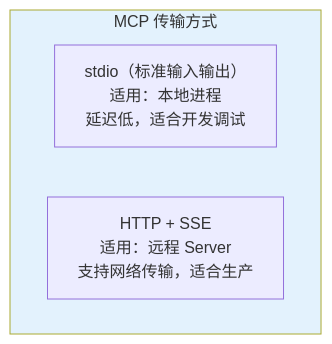
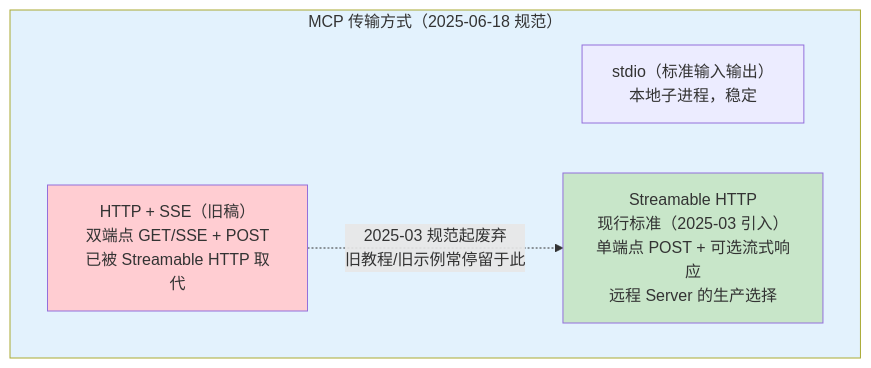
One commit to UranusGit/java-agent-learn changed the fourth of 10 diagrams in docs/教程/11-MCP协议.md. Above: the diagram before and after it, drawn with Mermaid. The commit also changed other lines of this file and 244 other files, not shown here.

````diff
--- a/docs/教程/11-MCP协议.md
+++ b/docs/教程/11-MCP协议.md
@@ -126,9 +128,14 @@
 ```mermaid
 graph TB
-    subgraph 传输方式["MCP 传输方式"]
-        STDIO["stdio（标准输入输出）<br/>适用：本地进程<br/>延迟低，适合开发调试"]
-        SSE["HTTP + SSE<br/>适用：远程 Server<br/>支持网络传输，适合生产"]
+    subgraph 传输方式["MCP 传输方式（2025-06-18 规范）"]
+        STDIO["stdio（标准输入输出）<br/>本地子进程，稳定"]
+        HTTP2["Streamable HTTP<br/>现行标准（2025-03 引入）<br/>单端点 POST + 可选流式响应<br/>远程 Server 的生产选择"]
+        LEGACY["HTTP + SSE（旧稿）<br/>双端点 GET/SSE + POST<br/>已被 Streamable HTTP 取代"]
     end
 
+    LEGACY -.->|"2025-03 规范起废弃<br/>旧教程/旧示例常停留于此"| HTTP2
+
     style 传输方式 fill:#e3f2fd
+    style LEGACY fill:#ffcdd2
+    style HTTP2 fill:#c8e6c9
 ```
````
